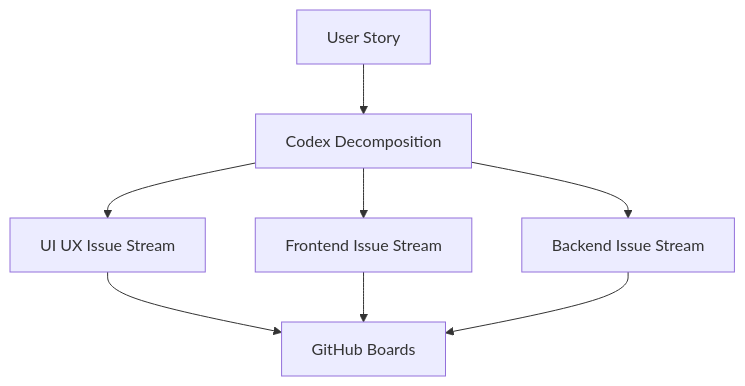
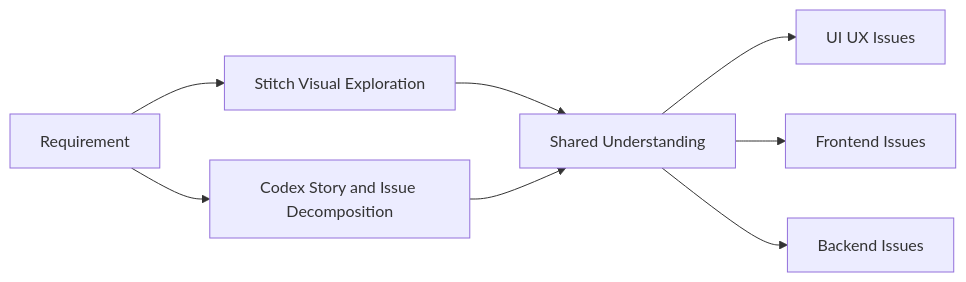
The ninth of 18 diagrams in creolytix-ai-delivery-model.md (refat-asadullah-creolytix-dev/refat-asadullah-creolytix-dev), drawn with Mermaid before and after one commit. The commit also changed other lines of this file, not shown here.

````diff
--- a/creolytix-ai-delivery-model.md
+++ b/creolytix-ai-delivery-model.md
@@ -394,10 +306,10 @@
 ```mermaid
-flowchart TD
-    A[User Story] --> B[Codex Decomposition]
-    B --> C[UI UX Issue Stream]
-    B --> D[Frontend Issue Stream]
-    B --> E[Backend Issue Stream]
-    C --> F[GitHub Boards]
-    D --> F
-    E --> F
+flowchart LR
+    A[Requirement] --> B[Stitch Visual Exploration]
+    A --> C[Codex Story and Issue Decomposition]
+    B --> D[Shared Understanding]
+    C --> D
+    D --> E[UI UX Issues]
+    D --> F[Frontend Issues]
+    D --> G[Backend Issues]
 ```
````
